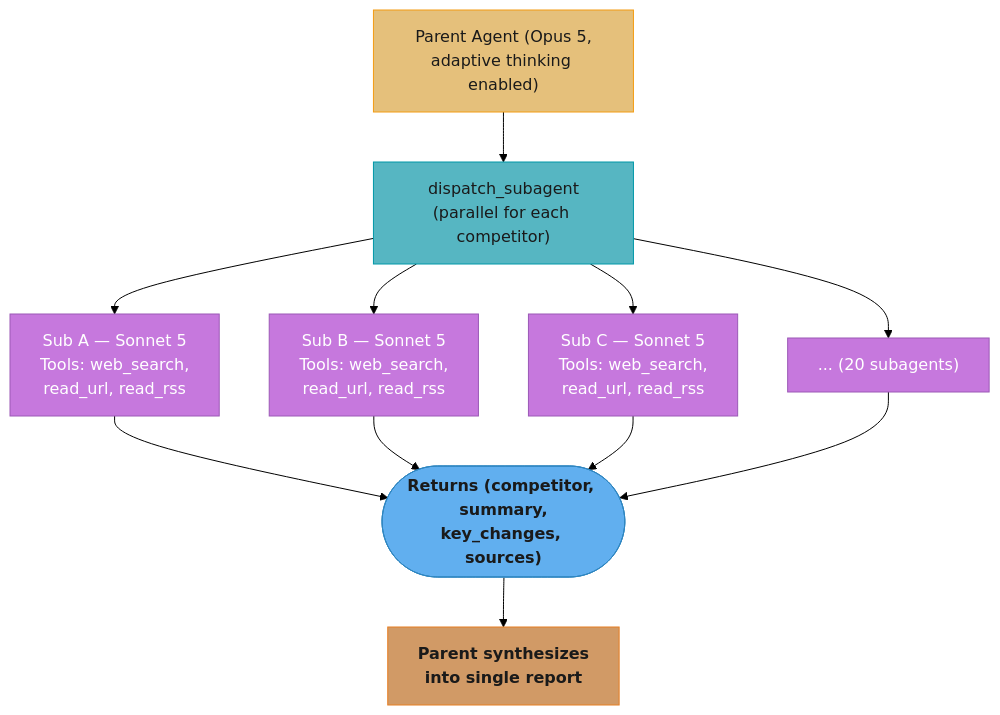
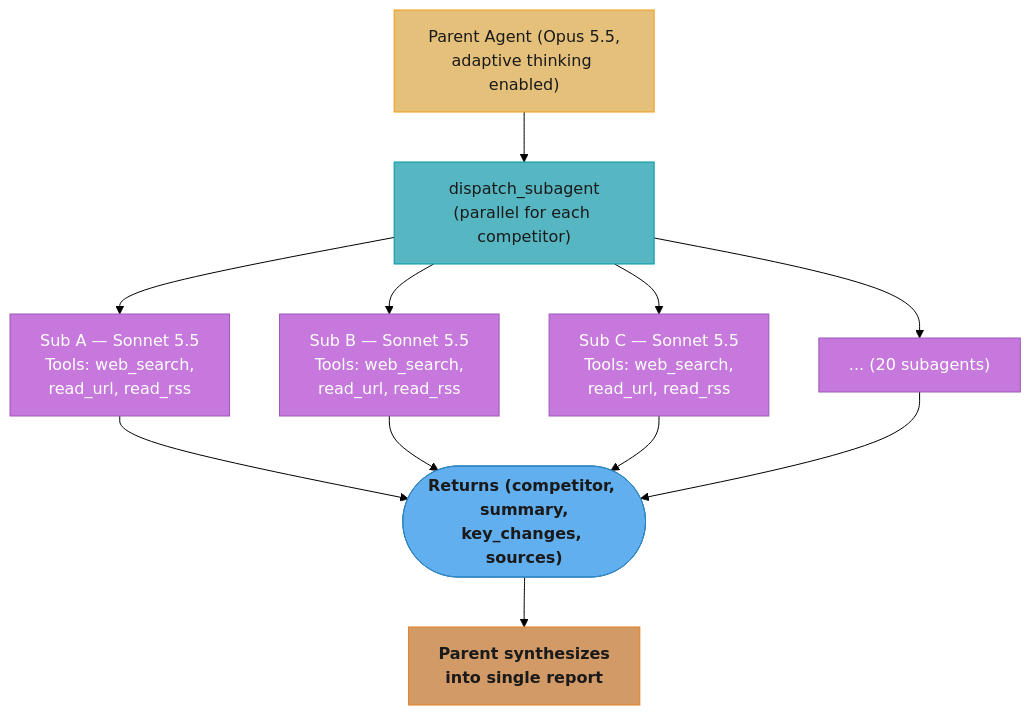
The third of 3 diagrams in src/main/java/com/rutik/systemdesign/llm/agentic_frameworks/claude_agent_sdk.md (rppol/system-design), drawn with Mermaid (forest theme) before and after one commit. The commit also changed other lines of this file and 655 other files, not shown here.

````diff
--- a/src/main/java/com/rutik/systemdesign/llm/agentic_frameworks/claude_agent_sdk.md
+++ b/src/main/java/com/rutik/systemdesign/llm/agentic_frameworks/claude_agent_sdk.md
@@ -676,27 +681,27 @@
 ```mermaid
 flowchart TD
     classDef io      fill:#61afef,stroke:#2e86c1,color:#1a1a1a,font-weight:bold
     classDef frozen  fill:#c678dd,stroke:#9b59b6,color:#fff
     classDef train   fill:#98c379,stroke:#27ae60,color:#1a1a1a
     classDef mathOp  fill:#d19a66,stroke:#e67e22,color:#1a1a1a,font-weight:bold
     classDef lossN   fill:#e06c75,stroke:#c0392b,color:#fff,font-weight:bold
     classDef req     fill:#56b6c2,stroke:#0097a7,color:#1a1a1a
     classDef base    fill:#e5c07b,stroke:#f39c12,color:#1a1a1a
 
-    P["Parent Agent (Opus 5,\nadaptive thinking enabled)"] --> D["dispatch_subagent\n(parallel for each competitor)"]
-    D --> SA["Sub A — Sonnet 5\nTools: web_search,\nread_url, read_rss"]
-    D --> SB["Sub B — Sonnet 5\nTools: web_search,\nread_url, read_rss"]
-    D --> SC["Sub C — Sonnet 5\nTools: web_search,\nread_url, read_rss"]
+    P["Parent Agent (Opus 5.5,\nadaptive thinking enabled)"] --> D["dispatch_subagent\n(parallel for each competitor)"]
+    D --> SA["Sub A — Sonnet 5.5\nTools: web_search,\nread_url, read_rss"]
+    D --> SB["Sub B — Sonnet 5.5\nTools: web_search,\nread_url, read_rss"]
+    D --> SC["Sub C — Sonnet 5.5\nTools: web_search,\nread_url, read_rss"]
     D --> SN["... (20 subagents)"]
     SA --> R(["Returns (competitor, summary,\nkey_changes, sources)"])
     SB --> R
     SC --> R
     SN --> R
     R --> SY["Parent synthesizes\ninto single report"]
 
     class P base
     class D req
     class SA,SB,SC,SN frozen
     class R io
     class SY mathOp
 ```
````
